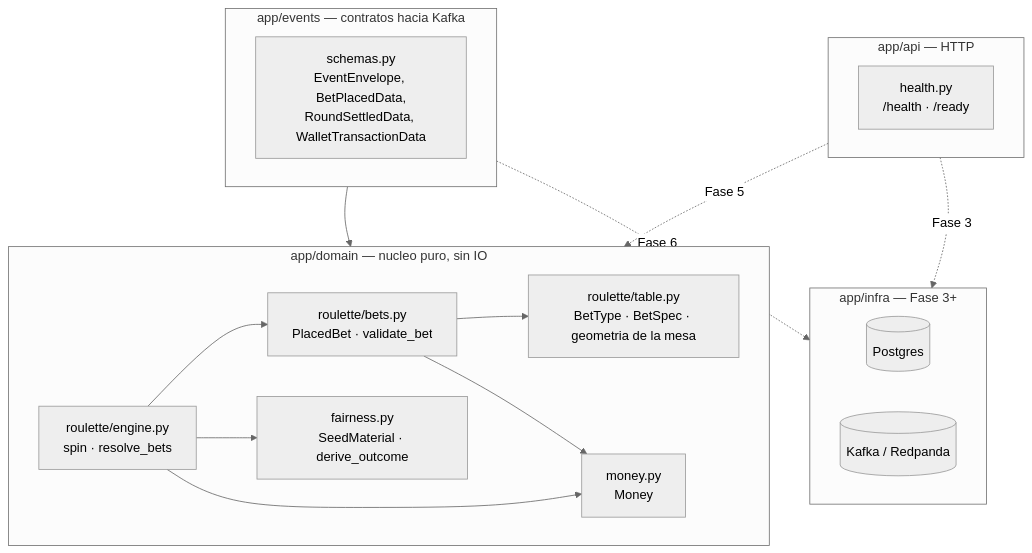
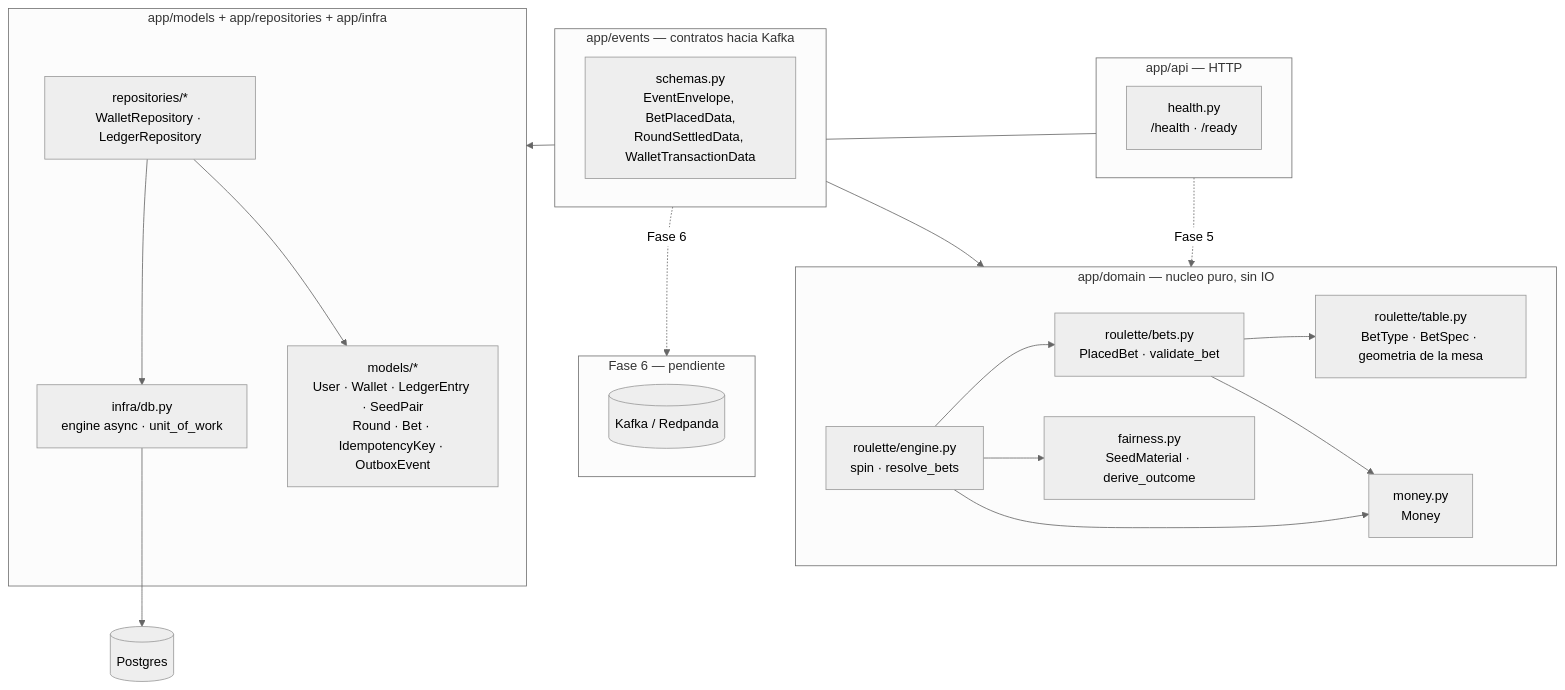
Before and after one commit to alexander-tinoco/theclub-api: the first of 4 diagrams in README.md, drawn with Mermaid (neutral theme). The commit also changed other lines of this file and 29 other files, not shown here.

````diff
--- a/README.md
+++ b/README.md
@@ -71,34 +75,45 @@
 ```mermaid
 flowchart TB
     subgraph API["app/api — HTTP"]
         health["health.py<br/>/health · /ready"]
     end
 
     subgraph EVENTS["app/events — contratos hacia Kafka"]
         schemas["schemas.py<br/>EventEnvelope, BetPlacedData,<br/>RoundSettledData, WalletTransactionData"]
     end
 
     subgraph DOMAIN["app/domain — nucleo puro, sin IO"]
         money["money.py<br/>Money"]
         fairness["fairness.py<br/>SeedMaterial · derive_outcome"]
         table["roulette/table.py<br/>BetType · BetSpec · geometria de la mesa"]
         bets["roulette/bets.py<br/>PlacedBet · validate_bet"]
         engine["roulette/engine.py<br/>spin · resolve_bets"]
     end
 
-    subgraph INFRA["app/infra — Fase 3+"]
-        db[("Postgres")]
+    subgraph PERSISTENCE["app/models + app/repositories + app/infra"]
+        models["models/*<br/>User · Wallet · LedgerEntry · SeedPair<br/>Round · Bet · IdempotencyKey · OutboxEvent"]
+        repos["repositories/*<br/>WalletRepository · LedgerRepository"]
+        db_infra["infra/db.py<br/>engine async · unit_of_work"]
+    end
+
+    subgraph KAFKA["Fase 6 — pendiente"]
         kafka[("Kafka / Redpanda")]
     end
 
+    postgres[("Postgres")]
+
     EVENTS --> DOMAIN
+    API --> PERSISTENCE
     API -. Fase 5 .-> DOMAIN
-    API -. Fase 3 .-> INFRA
-    EVENTS -. Fase 6 .-> INFRA
+    EVENTS -. Fase 6 .-> KAFKA
+
+    repos --> models
+    repos --> db_infra
+    db_infra --> postgres
 
     bets --> table
     bets --> money
     engine --> bets
     engine --> fairness
     engine --> money
 ```
````
